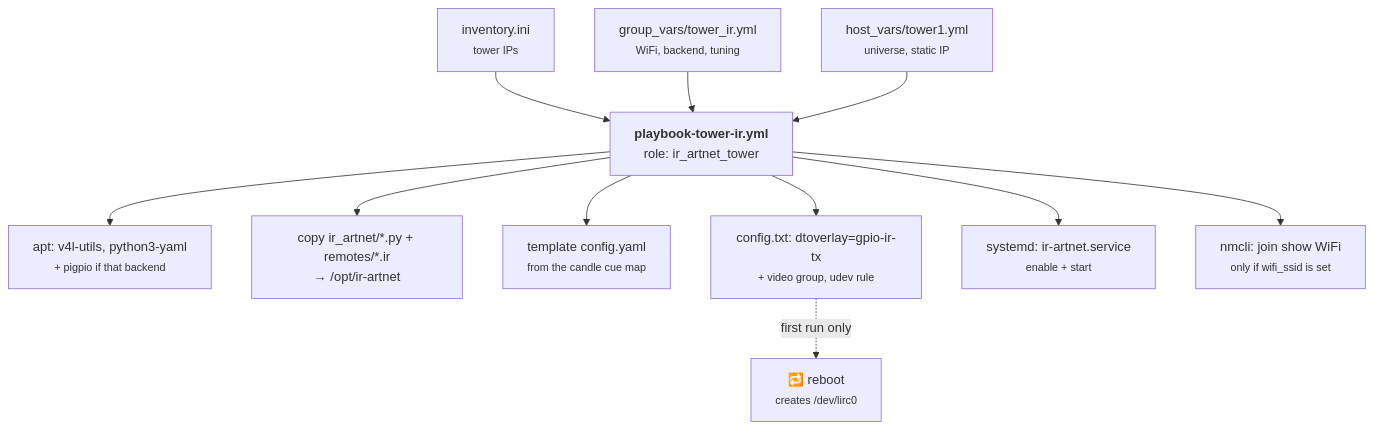
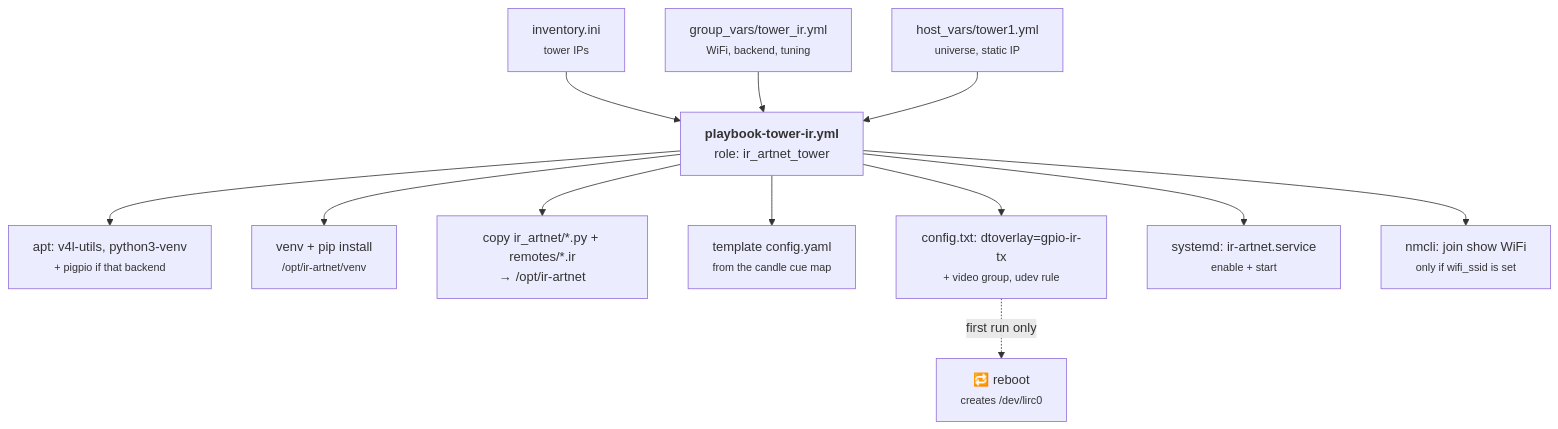
The fifth of 6 diagrams in README.md (sandinak/ir-artnet-controller), drawn with Mermaid before and after one commit. The commit also changed other lines of this file and 5 other files, not shown here.

````diff
--- a/README.md
+++ b/README.md
@@ -236,16 +247,17 @@
 ```mermaid
 flowchart TB
     A["inventory.ini<br/><small>tower IPs</small>"] --> P
     B["group_vars/tower_ir.yml<br/><small>WiFi, backend, tuning</small>"] --> P
     C["host_vars/tower1.yml<br/><small>universe, static IP</small>"] --> P
     P["<b>playbook-tower-ir.yml</b><br/>role: ir_artnet_tower"]
 
-    P --> D1["apt: v4l-utils, python3-yaml<br/><small>+ pigpio if that backend</small>"]
+    P --> D1["apt: v4l-utils, python3-venv<br/><small>+ pigpio if that backend</small>"]
+    P --> D1b["venv + pip install<br/><small>/opt/ir-artnet/venv</small>"]
     P --> D2["copy ir_artnet/*.py + remotes/*.ir<br/>→ /opt/ir-artnet"]
     P --> D3["template config.yaml<br/><small>from the candle cue map</small>"]
     P --> D4["config.txt: dtoverlay=gpio-ir-tx<br/><small>+ video group, udev rule</small>"]
     P --> D5["systemd: ir-artnet.service<br/><small>enable + start</small>"]
     P --> D6["nmcli: join show WiFi<br/><small>only if wifi_ssid is set</small>"]
 
     D4 -. "first run only" .-> R["🔁 reboot<br/><small>creates /dev/lirc0</small>"]
 ```
````
